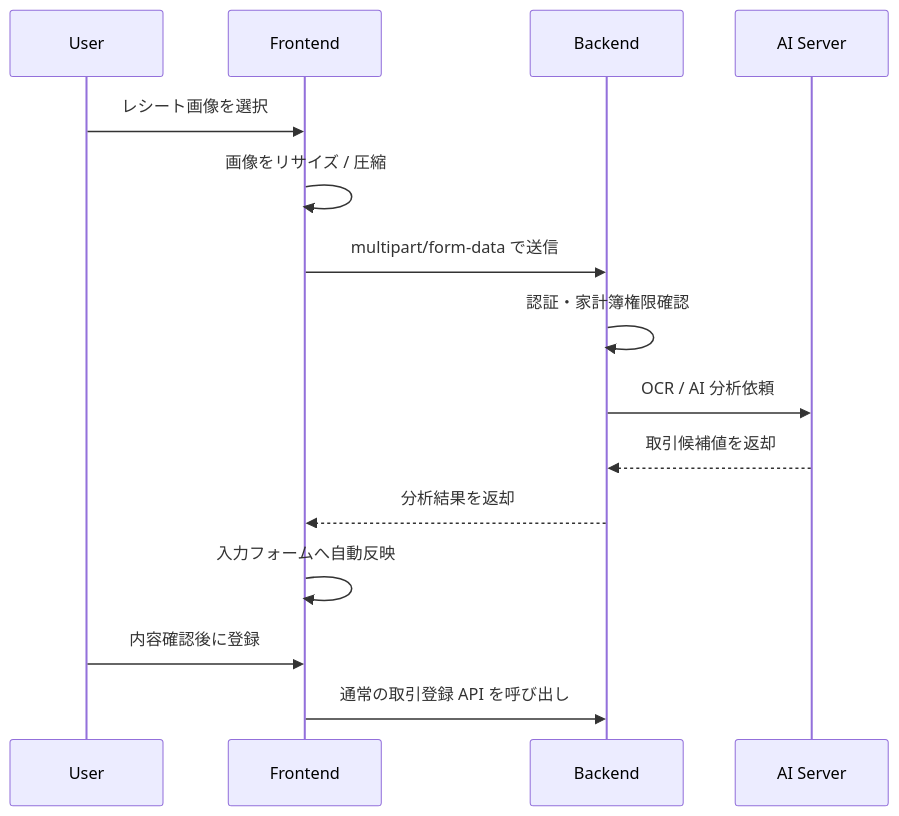
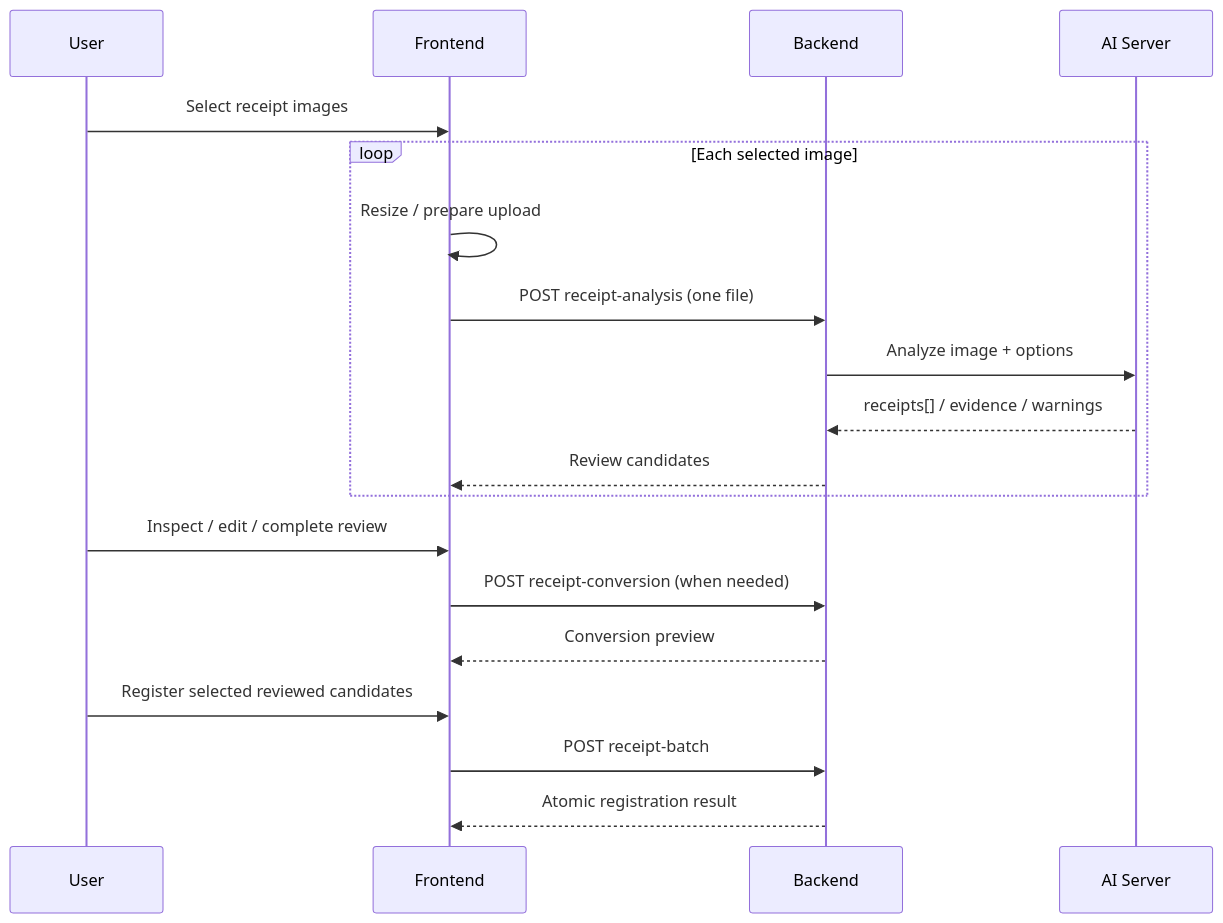
The fourth of 4 diagrams in README.md (krumichan/CatPjt-TranslaCat-fe), drawn with Mermaid before and after one commit. The commit also changed other lines of this file, not shown here.

````diff
--- a/README.md
+++ b/README.md
@@ -105,18 +182,21 @@
 ```mermaid
 sequenceDiagram
     participant U as User
     participant FE as Frontend
     participant BE as Backend
     participant AI as AI Server
-
-    U->>FE: レシート画像を選択
-    FE->>FE: 画像をリサイズ / 圧縮
-    FE->>BE: multipart/form-data で送信
-    BE->>BE: 認証・家計簿権限確認
-    BE->>AI: OCR / AI 分析依頼
-    AI-->>BE: 取引候補値を返却
-    BE-->>FE: 分析結果を返却
-    FE->>FE: 入力フォームへ自動反映
-    U->>FE: 内容確認後に登録
-    FE->>BE: 通常の取引登録 API を呼び出し
+    U->>FE: Select receipt images
+    loop Each selected image
+        FE->>FE: Resize / prepare upload
+        FE->>BE: POST receipt-analysis (one file)
+        BE->>AI: Analyze image + options
+        AI-->>BE: receipts[] / evidence / warnings
+        BE-->>FE: Review candidates
+    end
+    U->>FE: Inspect / edit / complete review
+    FE->>BE: POST receipt-conversion (when needed)
+    BE-->>FE: Conversion preview
+    U->>FE: Register selected reviewed candidates
+    FE->>BE: POST receipt-batch
+    BE-->>FE: Atomic registration result
 ```
````
